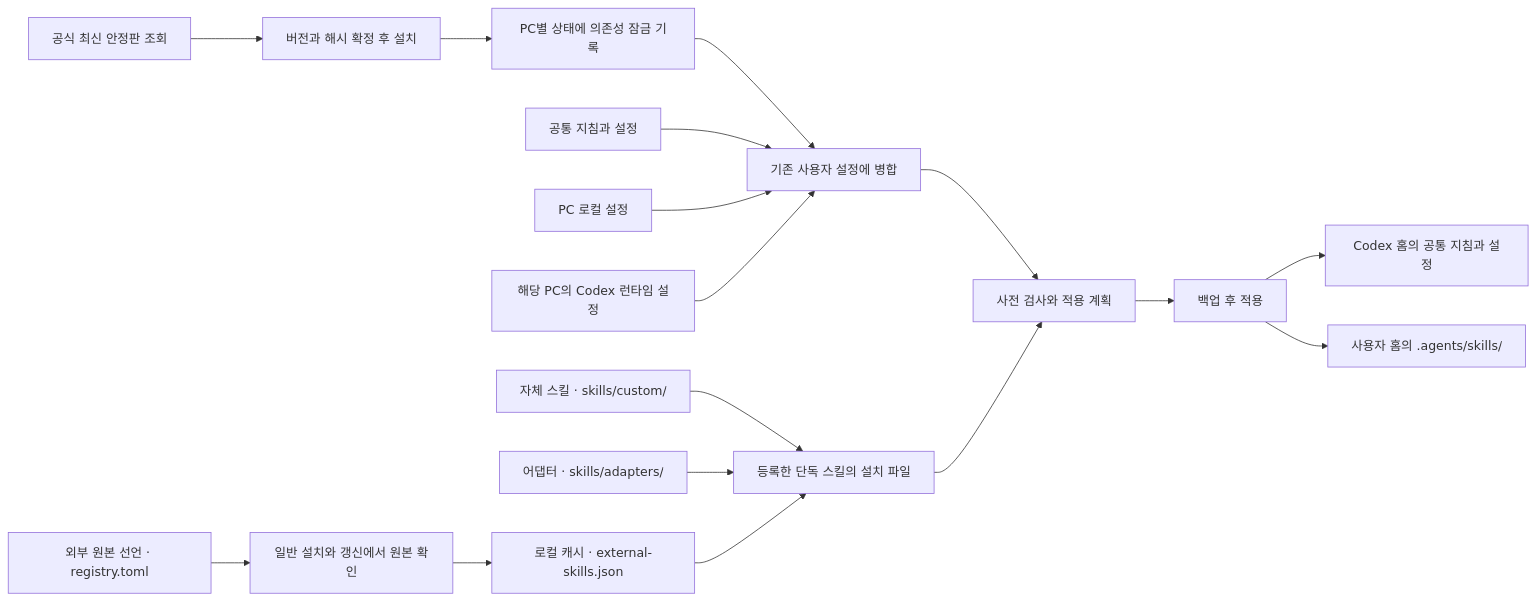
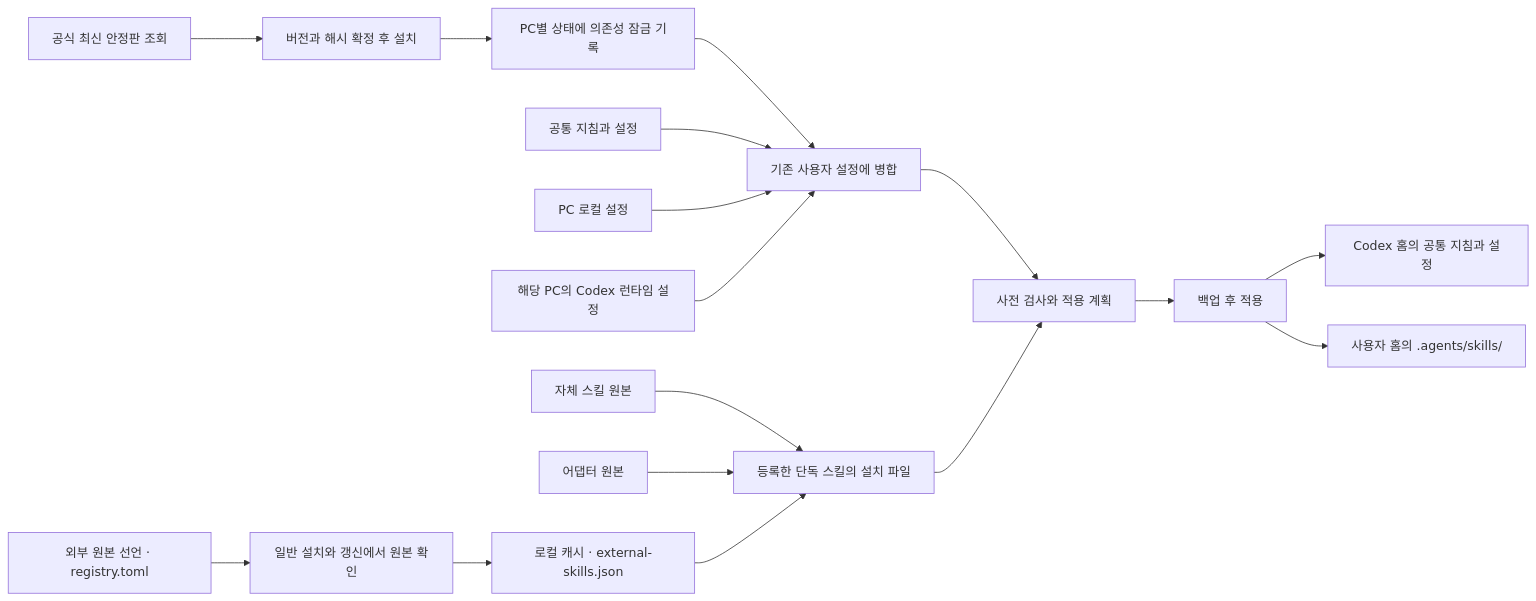
Before and after one commit to tttaliesin/personal-harness: the second of 2 diagrams in README.md, drawn with Mermaid. The commit also changed other lines of this file and 345 other files, not shown here.

````diff
--- a/README.md
+++ b/README.md
@@ -235,19 +241,19 @@
 ```mermaid
 flowchart LR
     U[공식 최신 안정판 조회] --> I[버전과 해시 확정 후 설치]
     I --> L[PC별 상태에 의존성 잠금 기록]
     L --> M[기존 사용자 설정에 병합]
     C[공통 지침과 설정] --> M
     H[PC 로컬 설정] --> M
     R[해당 PC의 Codex 런타임 설정] --> M
     M --> P[사전 검사와 적용 계획]
-    SC["자체 스킬 · skills/custom/"] --> S
-    SA["어댑터 · skills/adapters/"] --> S
+    SC[자체 스킬 원본] --> S
+    SA[어댑터 원본] --> S
     SU["외부 원본 선언 · registry.toml"] --> F["일반 설치와 갱신에서 원본 확인"]
     F --> E["로컬 캐시 · external-skills.json"]
     E --> S
     S[등록한 단독 스킬의 설치 파일] --> P
     P --> A[백업 후 적용]
     A --> O[Codex 홈의 공통 지침과 설정]
     A --> D["사용자 홈의 .agents/skills/"]
 ```
````
